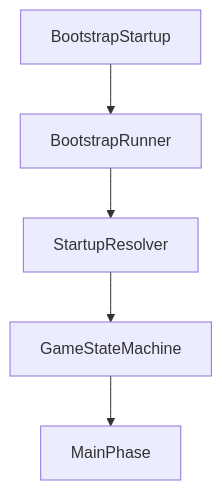
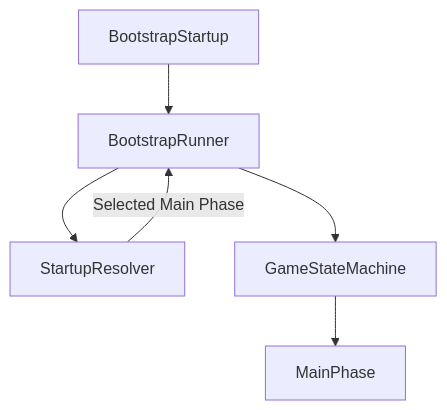
The first of 3 diagrams in Docs/Eng/ArchitectureAtlas/02_Bootstrap.md (chainsawlad-Org/ChainSaw_Leg), drawn with Mermaid before and after one commit. The commit also changed other lines of this file and 29 other files, not shown here.

````diff
--- a/Docs/Eng/ArchitectureAtlas/02_Bootstrap.md
+++ b/Docs/Eng/ArchitectureAtlas/02_Bootstrap.md
@@ -46,21 +46,23 @@
 ```mermaid
 flowchart TD
 
 BootstrapStartup
 
 BootstrapRunner
 
 StartupResolver
 
 GameStateMachine
 
 MainPhase
 
 BootstrapStartup --> BootstrapRunner
 
 BootstrapRunner --> StartupResolver
 
-StartupResolver --> GameStateMachine
+StartupResolver -->|Selected Main Phase| BootstrapRunner
+
+BootstrapRunner --> GameStateMachine
 
 GameStateMachine --> MainPhase
 ```
````
